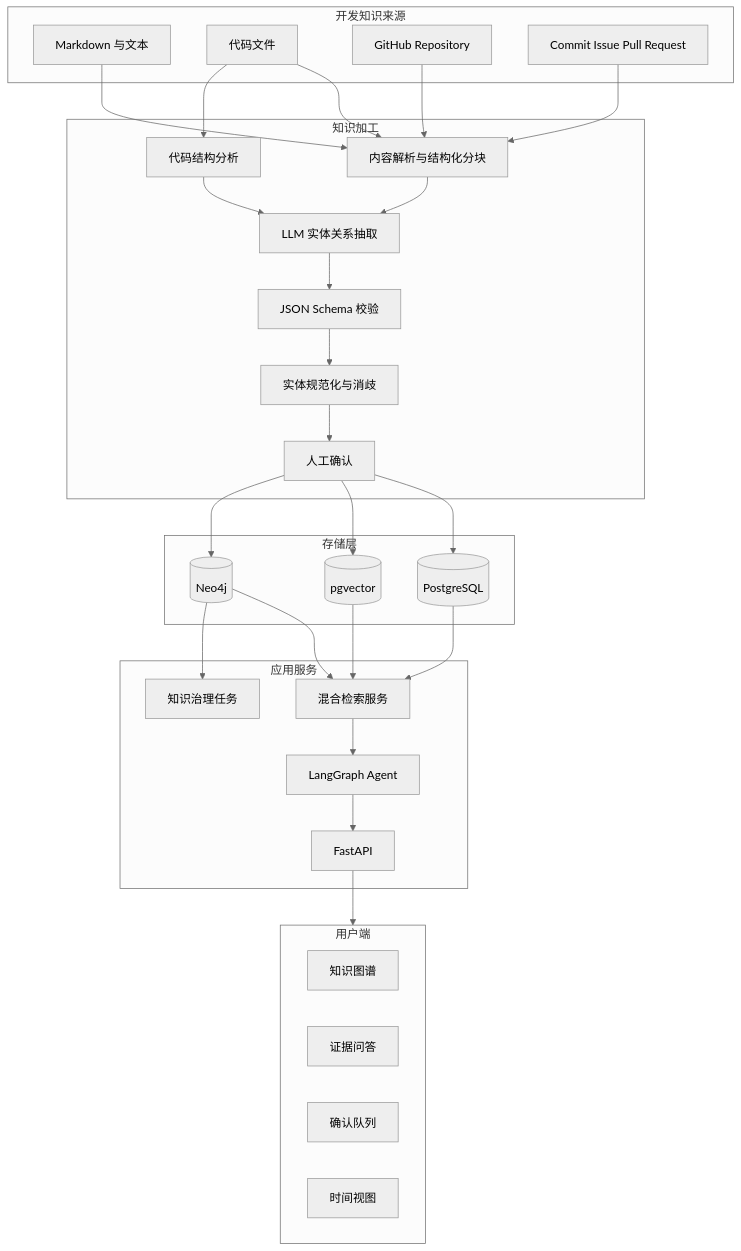
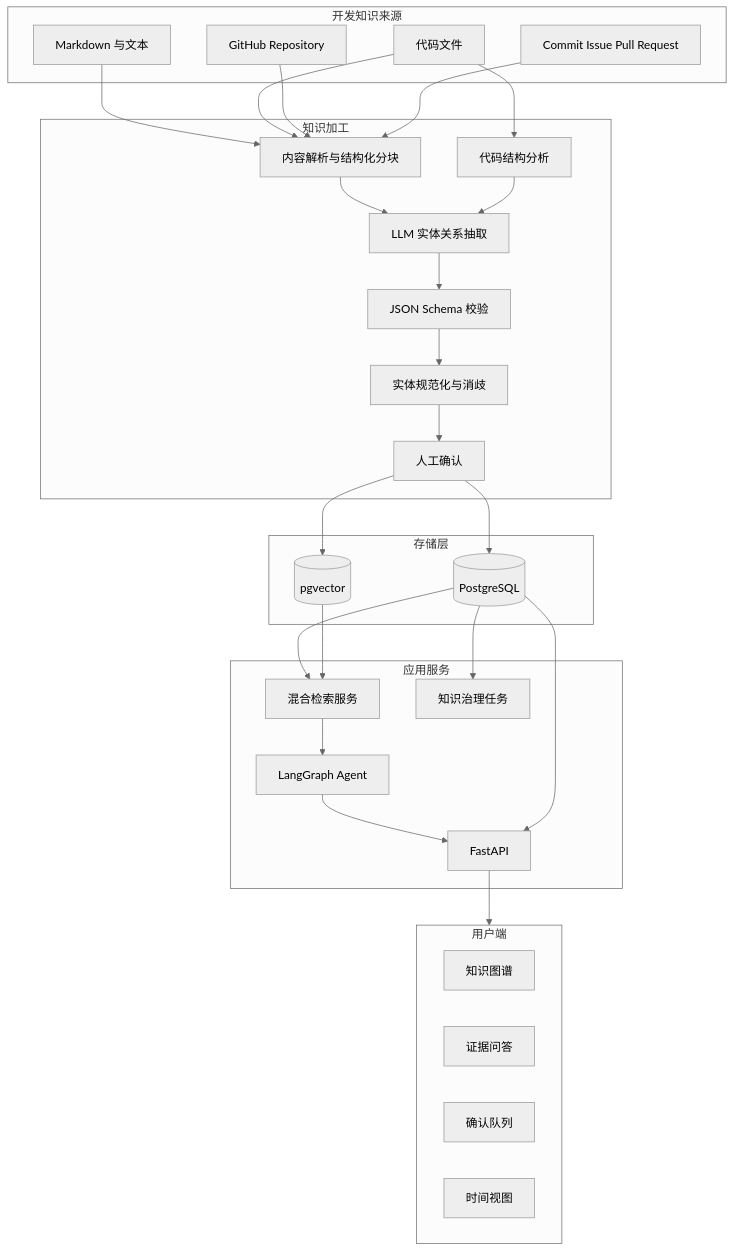
One commit to YAX-J/knowledge-atlas changed the first of 2 diagrams in docs/ARCHITECTURE.md. Above: the diagram before and after it, drawn with Mermaid (neutral theme). The commit also changed other lines of this file and 27 other files, not shown here.

Commit message:
Remove Neo4j requirement and defer graph database integration

````diff
--- a/docs/ARCHITECTURE.md
+++ b/docs/ARCHITECTURE.md
@@ -16,57 +16,55 @@
 ```mermaid
 flowchart TB
     subgraph Sources[开发知识来源]
         S1[Markdown 与文本]
         S2[代码文件]
         S3[GitHub Repository]
         S4[Commit Issue Pull Request]
     end
 
     subgraph Processing[知识加工]
         P1[内容解析与结构化分块]
         P2[代码结构分析]
         P3[LLM 实体关系抽取]
         P4[JSON Schema 校验]
         P5[实体规范化与消歧]
         P6[人工确认]
     end
 
     subgraph Storage[存储层]
         DB1[(PostgreSQL)]
         DB2[(pgvector)]
-        DB3[(Neo4j)]
     end
 
     subgraph Services[应用服务]
         A1[FastAPI]
         A2[混合检索服务]
         A3[LangGraph Agent]
         A4[知识治理任务]
     end
 
     subgraph Client[用户端]
         C1[知识图谱]
         C2[证据问答]
         C3[确认队列]
         C4[时间视图]
     end
 
     S1 --> P1
     S2 --> P1
     S3 --> P1
     S4 --> P1
     S2 --> P2
     P1 --> P3
     P2 --> P3
     P3 --> P4 --> P5 --> P6
     P6 --> DB1
     P6 --> DB2
-    P6 --> DB3
     DB1 --> A2
     DB2 --> A2
-    DB3 --> A2
     A2 --> A3
     A1 --> Client
     A3 --> A1
-    DB3 --> A4
+    DB1 --> A4
+    DB1 --> A1
 ```
````
